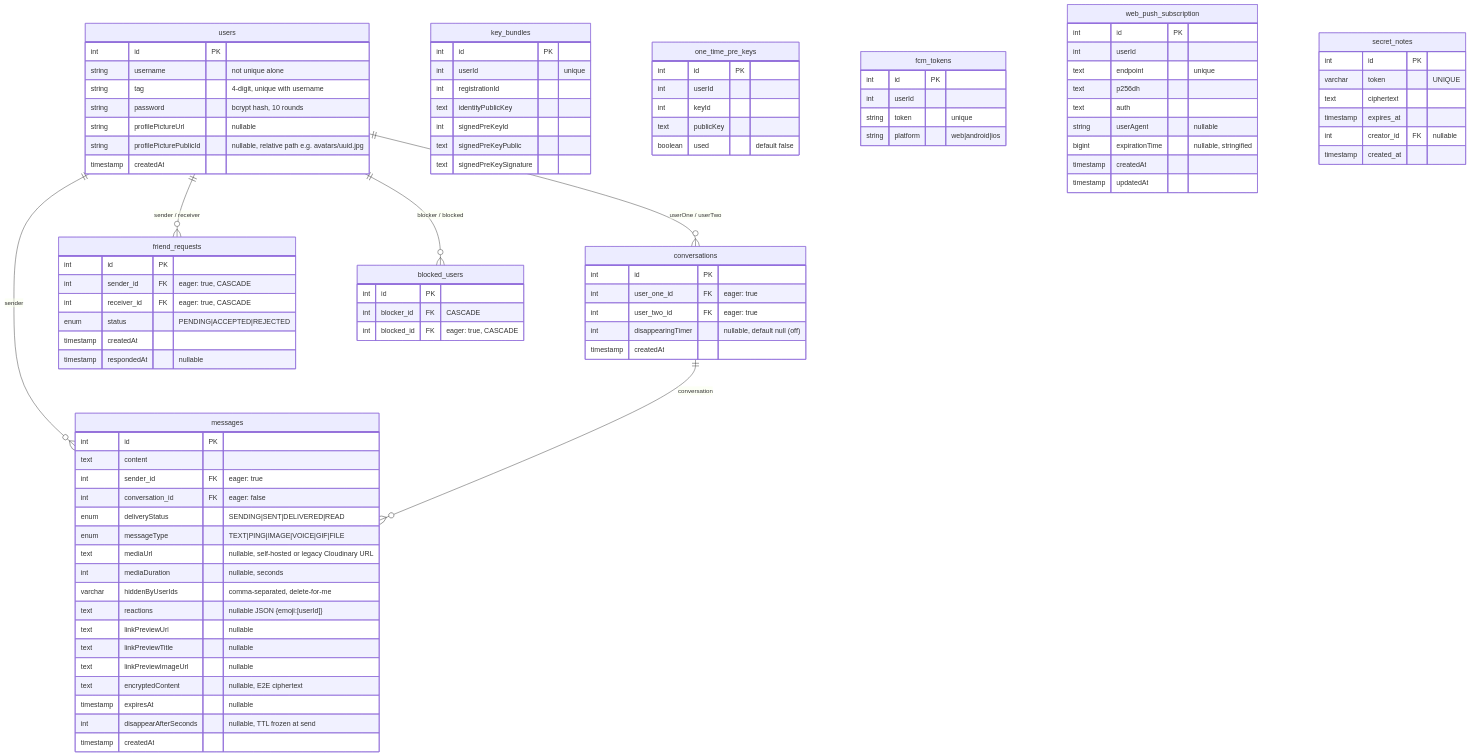
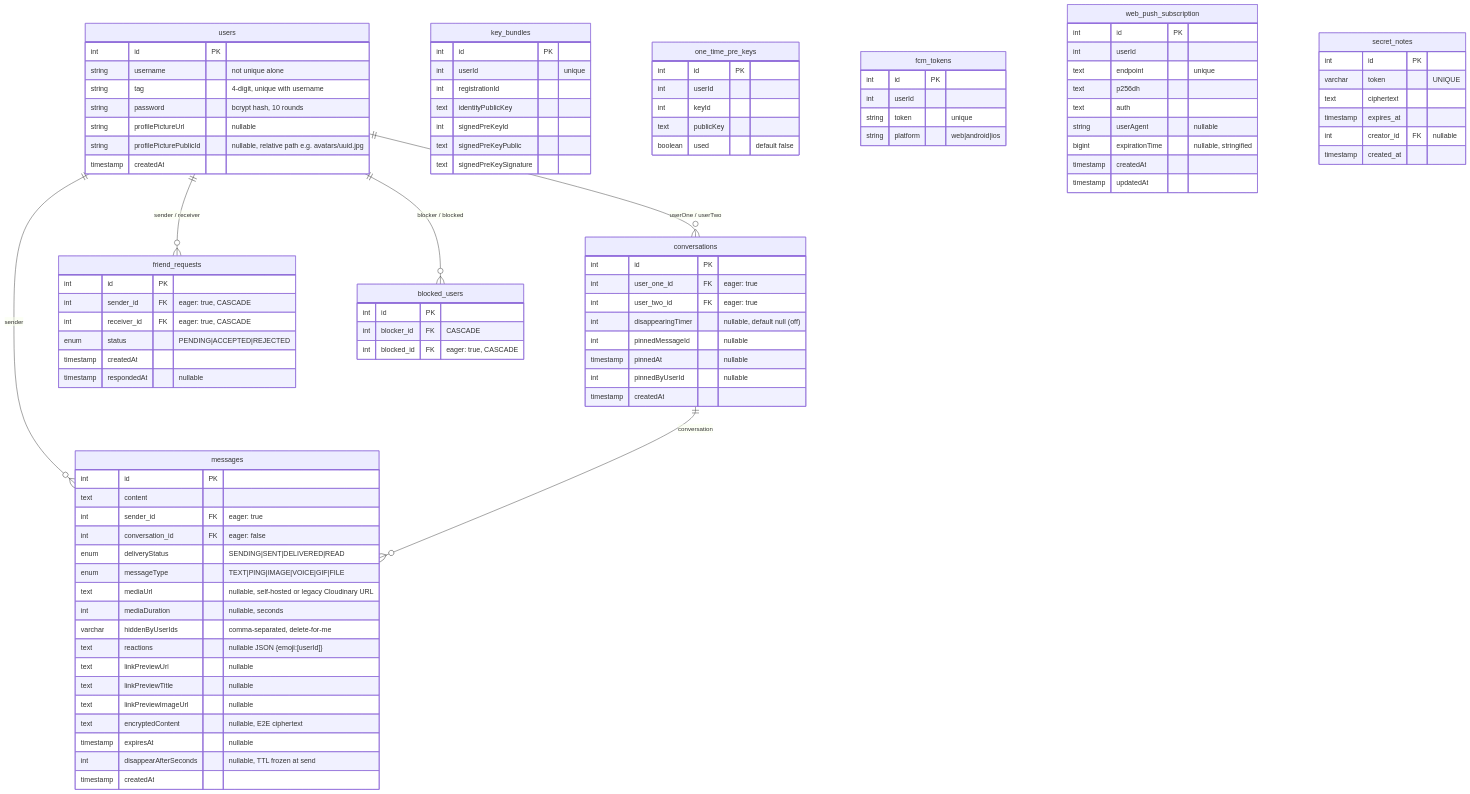
Before and after one commit to Lentach/Fireplace: the second of 2 diagrams in CLAUDE.md, drawn with Mermaid. The commit also changed other lines of this file and 1 other file, not shown here.

```diff
--- a/CLAUDE.md
+++ b/CLAUDE.md
@@ -288,6 +289,9 @@
         int user_one_id FK "eager: true"
         int user_two_id FK "eager: true"
         int disappearingTimer "nullable, default null (off)"
+        int pinnedMessageId "nullable"
+        timestamp pinnedAt "nullable"
+        int pinnedByUserId "nullable"
         timestamp createdAt
     }
 
```
